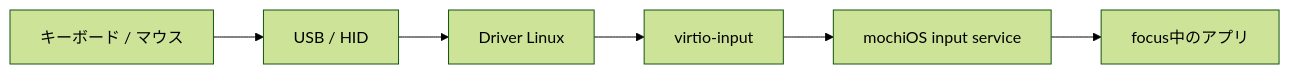
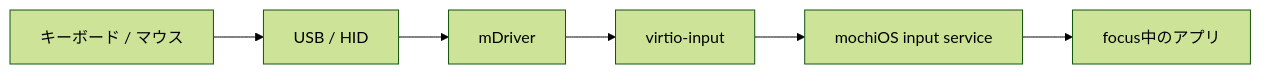
The fifth of 9 diagrams in docs/mboot/about.md (mochiOS/mochiOS), drawn with Mermaid (forest theme) before and after one commit. The commit also changed other lines of this file and 1 other file, not shown here.

Commit message:
Integrate the mDriver workspace build

````diff
--- a/docs/mboot/about.md
+++ b/docs/mboot/about.md
@@ -207,8 +207,8 @@
 ```mermaid
 flowchart LR
     device[キーボード / マウス] --> usb[USB / HID]
-    usb --> linux[Driver Linux]
+    usb --> linux[mDriver]
     linux --> virtio[virtio-input]
     virtio --> input[mochiOS input service]
     input --> app[focus中のアプリ]
 ```
````
